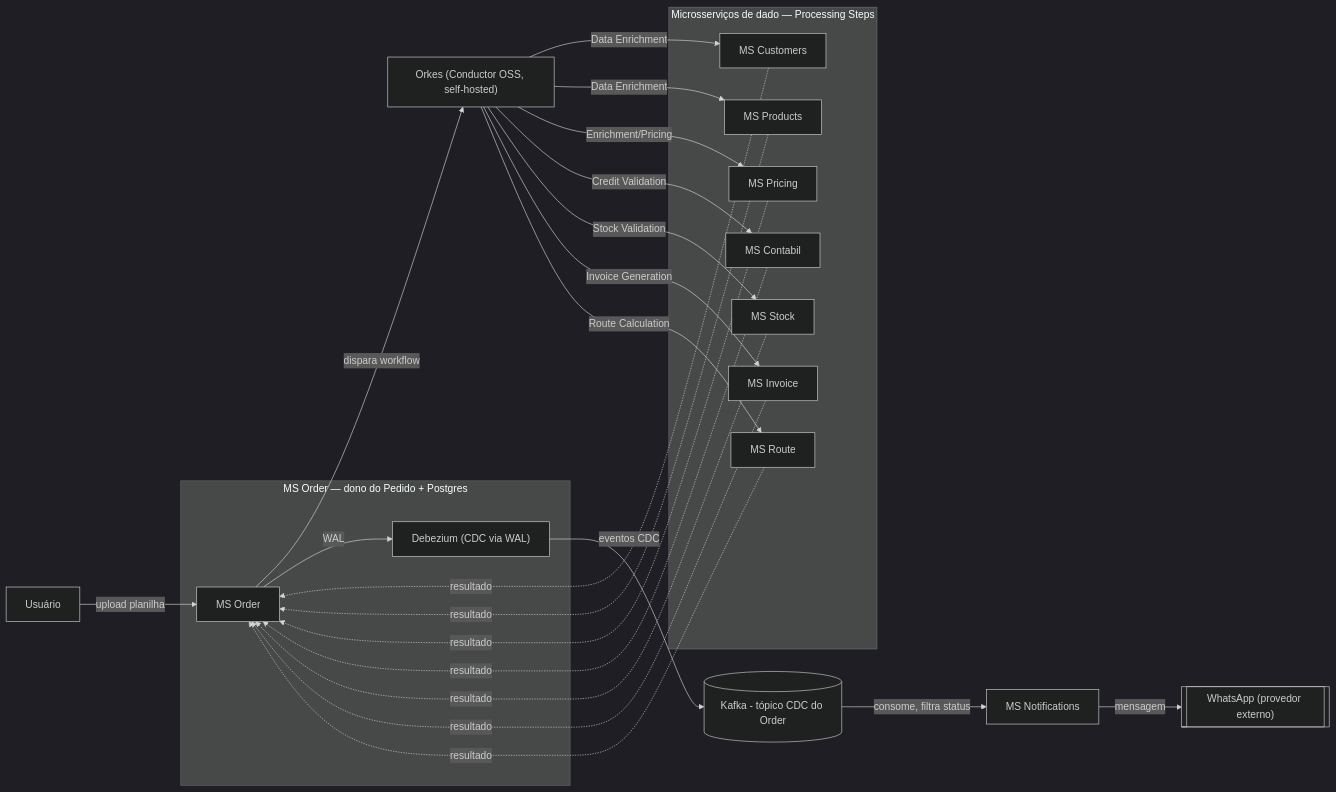
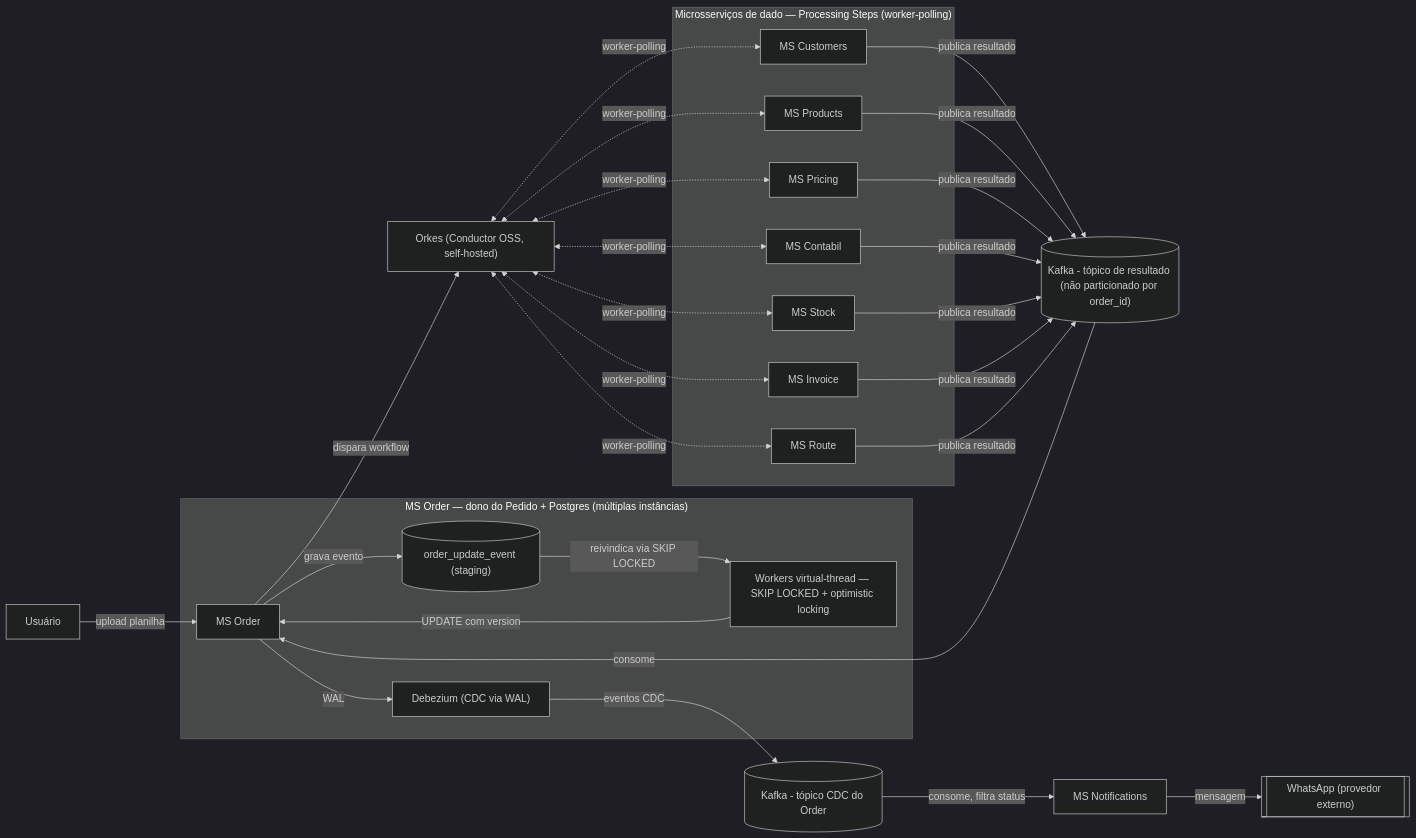
The second of 3 diagrams in app/docs/specs/order-processing-prd.md (george-bonespirito/uncle-bob-best-practices-with-ia), drawn with Mermaid (dark theme) before and after one commit. The commit also changed other lines of this file and 7 other files, not shown here.

First line of the commit message:
📚 docs: worker-polling, Kafka p/ resultado e fluxo compensatório

````diff
--- a/app/docs/specs/order-processing-prd.md
+++ b/app/docs/specs/order-processing-prd.md
@@ -99,46 +105,53 @@
 ```mermaid
 flowchart LR
     User["Usuário"]
 
-    subgraph OrderCtx["MS Order — dono do Pedido + Postgres"]
+    subgraph OrderCtx["MS Order — dono do Pedido + Postgres (múltiplas instâncias)"]
         Order["MS Order"]
+        Staging[("order_update_event (staging)")]
+        Workers["Workers virtual-thread — SKIP LOCKED + optimistic locking"]
         Debezium["Debezium (CDC via WAL)"]
     end
 
     Orkes["Orkes (Conductor OSS, self-hosted)"]
 
-    subgraph DataMS["Microsserviços de dado — Processing Steps"]
+    subgraph DataMS["Microsserviços de dado — Processing Steps (worker-polling)"]
         Customers["MS Customers"]
         Products["MS Products"]
         Pricing["MS Pricing"]
         Stock["MS Stock"]
         Contabil["MS Contabil"]
         Invoice["MS Invoice"]
         Route["MS Route"]
     end
 
-    Kafka[("Kafka - tópico CDC do Order")]
+    ResultsKafka[("Kafka - tópico de resultado (não particionado por order_id)")]
+    CdcKafka[("Kafka - tópico CDC do Order")]
     Notifications["MS Notifications"]
     WhatsApp[["WhatsApp (provedor externo)"]]
 
     User -->|"upload planilha"| Order
     Order -->|"dispara workflow"| Orkes
-    Orkes -->|"Data Enrichment"| Customers
-    Orkes -->|"Data Enrichment"| Products
-    Orkes -->|"Enrichment/Pricing"| Pricing
-    Orkes -->|"Credit Validation"| Contabil
-    Orkes -->|"Stock Validation"| Stock
-    Orkes -->|"Invoice Generation"| Invoice
-    Orkes -->|"Route Calculation"| Route
-    Customers -.->|"resultado"| Order
-    Products -.->|"resultado"| Order
-    Pricing -.->|"resultado"| Order
-    Contabil -.->|"resultado"| Order
-    Stock -.->|"resultado"| Order
-    Invoice -.->|"resultado"| Order
-    Route -.->|"resultado"| Order
+    Orkes <-.->|"worker-polling"| Customers
+    Orkes <-.->|"worker-polling"| Products
+    Orkes <-.->|"worker-polling"| Pricing
+    Orkes <-.->|"worker-polling"| Contabil
+    Orkes <-.->|"worker-polling"| Stock
+    Orkes <-.->|"worker-polling"| Invoice
+    Orkes <-.->|"worker-polling"| Route
+    Customers -->|"publica resultado"| ResultsKafka
+    Products -->|"publica resultado"| ResultsKafka
+    Pricing -->|"publica resultado"| ResultsKafka
+    Contabil -->|"publica resultado"| ResultsKafka
+    Stock -->|"publica resultado"| ResultsKafka
+    Invoice -->|"publica resultado"| ResultsKafka
+    Route -->|"publica resultado"| ResultsKafka
+    ResultsKafka -->|"consome"| Order
+    Order -->|"grava evento"| Staging
+    Staging -->|"reivindica via SKIP LOCKED"| Workers
+    Workers -->|"UPDATE com version"| Order
     Order -->|"WAL"| Debezium
-    Debezium -->|"eventos CDC"| Kafka
-    Kafka -->|"consome, filtra status"| Notifications
+    Debezium -->|"eventos CDC"| CdcKafka
+    CdcKafka -->|"consome, filtra status"| Notifications
     Notifications -->|"mensagem"| WhatsApp
 ```
````
